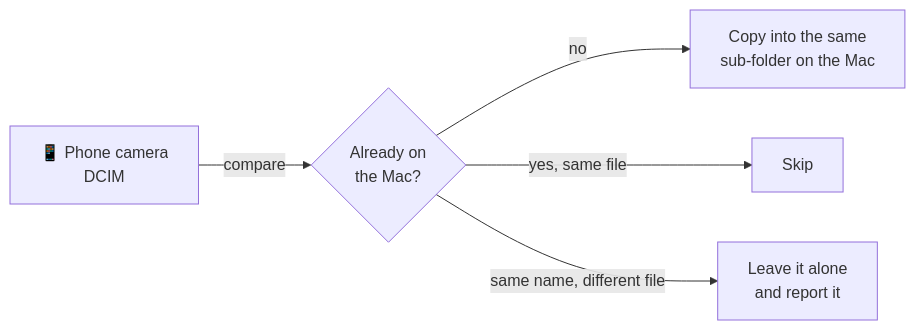
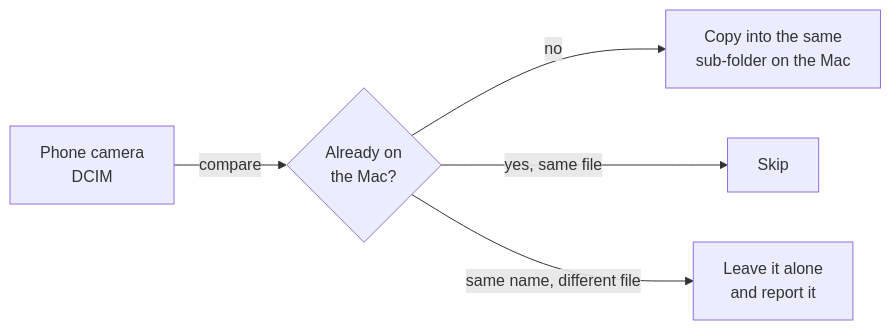
One commit to phantumblade/OpenMTP-Refined changed the first of 2 diagrams in README.md. Above: the diagram before and after it, drawn with Mermaid. The commit also changed other lines of this file and 2 other files, not shown here.

Commit message:
docs(readme): fix the tip alerts and the backup diagram label

````diff
--- a/README.md
+++ b/README.md
@@ -74,7 +74,7 @@
 ```mermaid
 flowchart LR
-    A[📱 Phone camera<br/>DCIM] -->|compare| B{Already on<br/>the Mac?}
+    A[Phone camera<br/>DCIM] -->|compare| B{Already on<br/>the Mac?}
     B -->|no| C[Copy into the same<br/>sub-folder on the Mac]
     B -->|yes, same file| D[Skip]
     B -->|same name, different file| E[Leave it alone<br/>and report it]
 ```
````
